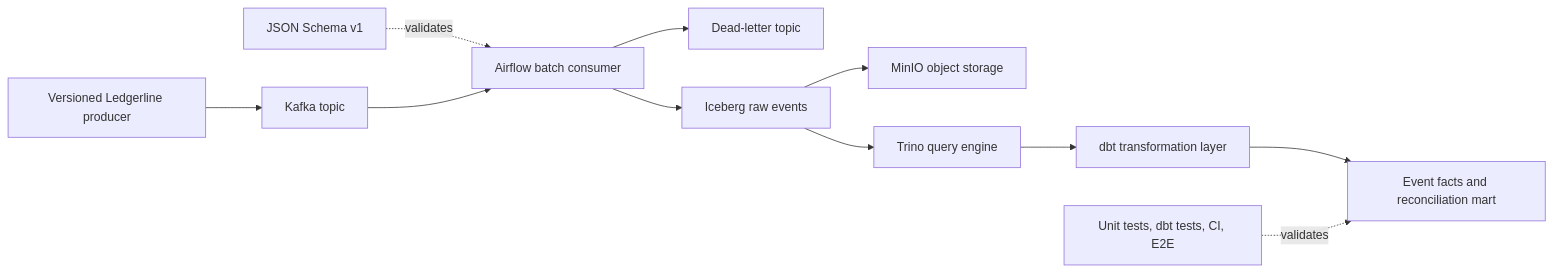
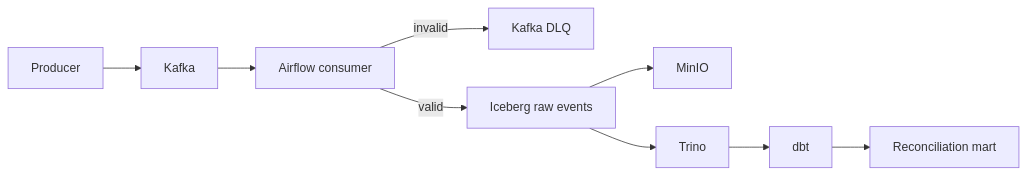
One commit to AndrewLhn/CLOUD-NATIVE-DATA-PLATFORM changed the diagram in docs/architecture.md. Above: the diagram before and after it, drawn with Mermaid. The commit also changed other lines of this file, not shown here.

Commit message:
docs: simplify architecture reference

```diff
--- a/docs/architecture.md
+++ b/docs/architecture.md
@@ -16,13 +3,11 @@
 ~~~mermaid
 flowchart LR
-    Producer[Versioned Ledgerline producer] --> Kafka[Kafka topic]
-    Schema[JSON Schema v1] -. validates .-> Consumer
-    Kafka --> Consumer[Airflow batch consumer]
-    Consumer --> DLQ[Dead-letter topic]
-    Consumer --> Iceberg[Iceberg raw events]
-    Iceberg --> MinIO[MinIO object storage]
-    Iceberg --> Trino[Trino query engine]
-    Trino --> dbt[dbt transformation layer]
-    dbt --> Marts[Event facts and reconciliation mart]
-    Checks[Unit tests, dbt tests, CI, E2E] -. validates .-> Marts
+    P[Producer] --> K[Kafka]
+    K --> A[Airflow consumer]
+    A -->|invalid| DLQ[Kafka DLQ]
+    A -->|valid| I[Iceberg raw events]
+    I --> M[MinIO]
+    I --> T[Trino]
+    T --> D[dbt]
+    D --> R[Reconciliation mart]
 ~~~
```
